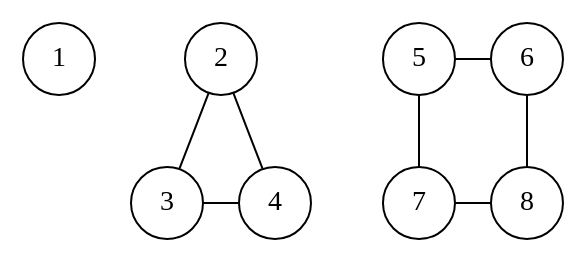
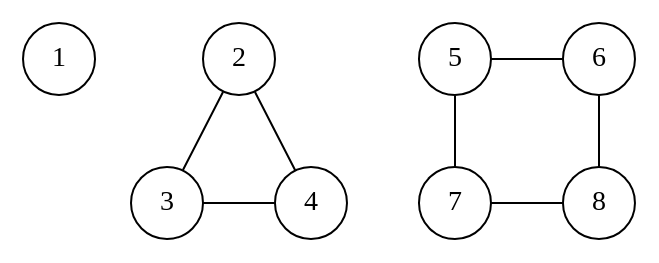
The second of 5 diagrams in src/ct0371-1/02/01/README.md (alek3y/cs), drawn with Graphviz before and after one commit. The commit also changed other lines of this file and 10 other files, not shown here.

````diff
--- a/src/ct0371-1/02/01/README.md
+++ b/src/ct0371-1/02/01/README.md
@@ -92,31 +92,32 @@
 	```dot process
 	digraph {
 		node [shape=circle]
 		edge [dir=none]
 
 		{
 			rank=same
 			1
 			2
 		}
 
 		1 -> 9 [style=invis]
 		9 [shape=point width=0]
 
 		2 -> 3, 4
 		{
 			rank=same
-			9 -> 3 [minlen=2 style=invis]
+			edge [minlen=2]
+			9 -> 3 [style=invis]
 			3 -> 4
-			4 -> 7 [minlen=2 style=invis]
+			4 -> 7 [style=invis]
 			7 -> 8
 		}
 
 		{
 			rank=same
 			5 -> 6
 		}
-		5 -> 7
-		6 -> 8
+		5 -> 7 [weight=2]
+		6 -> 8 [weight=2]
 	}
 	```
````
